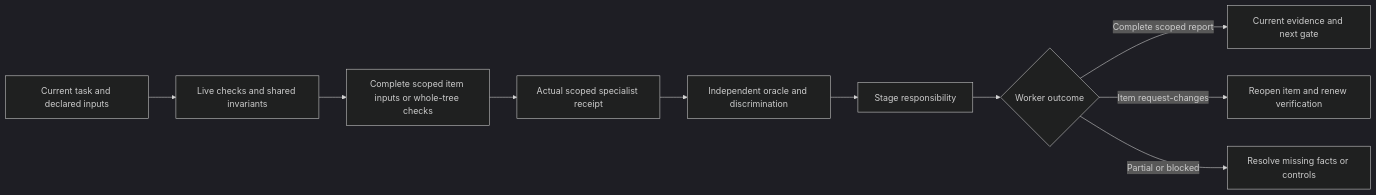
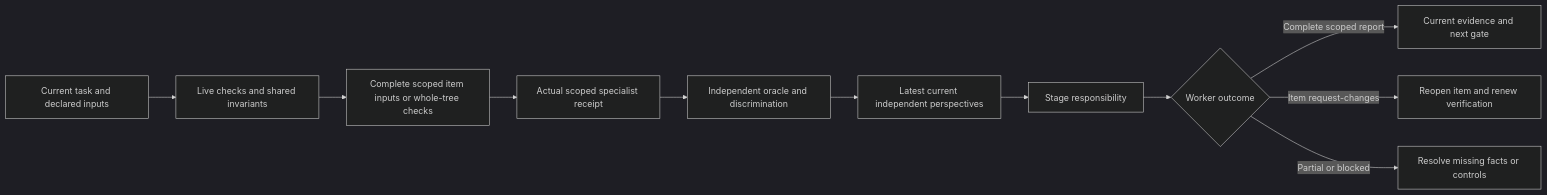
Before and after one commit to wgentil/devflow: the diagram in skills/review-work/SKILL.md, drawn with Mermaid (dark theme). The commit also changed other lines of this file and 42 other files, not shown here.

Commit message:
feat: enforce content-bound independent review coverage at every gate

````diff
--- a/skills/review-work/SKILL.md
+++ b/skills/review-work/SKILL.md
@@ -18,12 +18,13 @@
 ```mermaid
 flowchart LR
     Scope[Current task and declared inputs] --> Checks[Live checks and shared invariants]
     Checks --> Inputs[Complete scoped item inputs or whole-tree checks]
     Inputs --> Model[Actual scoped specialist receipt]
     Model --> Quality[Independent oracle and discrimination]
-    Quality --> Work[Stage responsibility]
+    Quality --> Coverage[Latest current independent perspectives]
+    Coverage --> Work[Stage responsibility]
     Work --> Result{Worker outcome}
     Result -->|Complete scoped report| Evidence[Current evidence and next gate]
     Result -->|Item request-changes| Retry[Reopen item and renew verification]
     Result -->|Partial or blocked| Recover[Resolve missing facts or controls]
 ```
````
